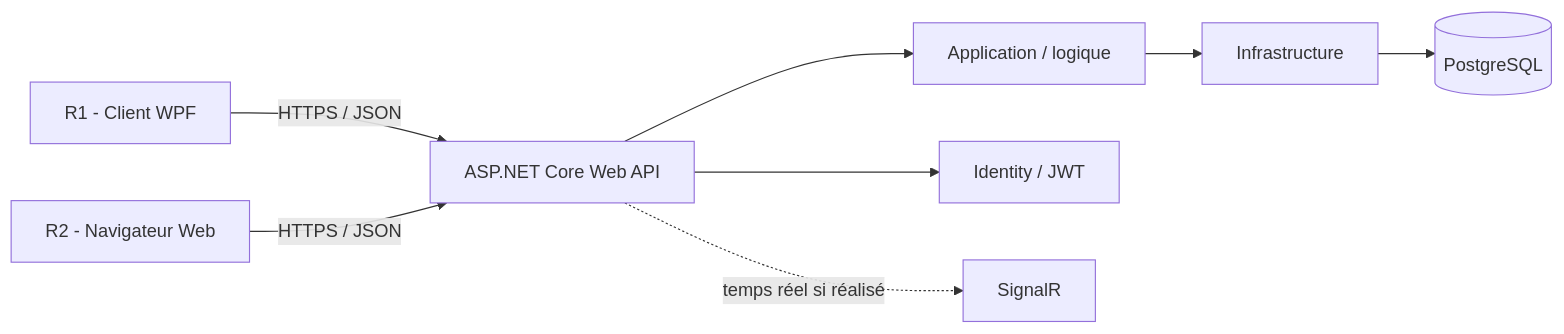
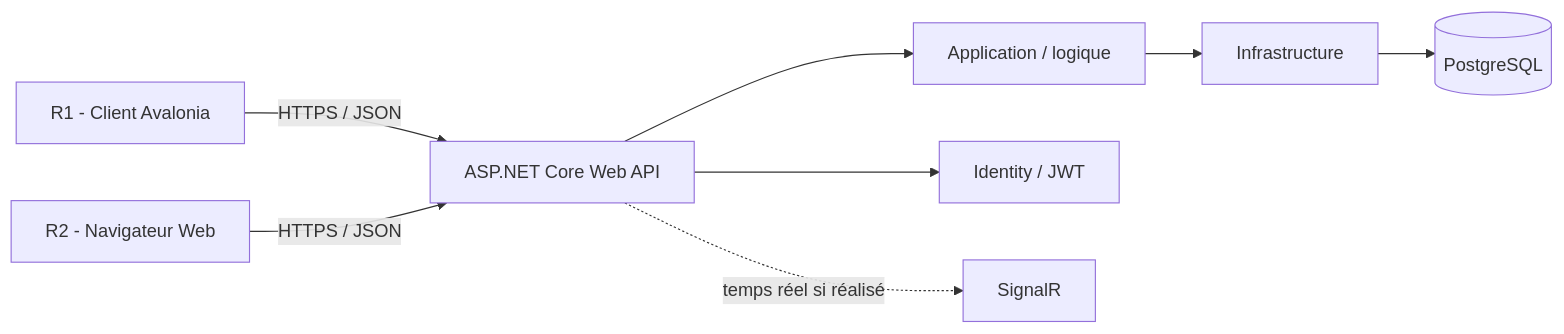
Before and after one commit to Matteo-Lamare/Projet-BTS: the first of 5 diagrams in docs/architecture/diagrams.md, drawn with Mermaid.

Commit message:
docs: aligner la documentation sur Avalonia et React

````diff
--- a/docs/architecture/diagrams.md
+++ b/docs/architecture/diagrams.md
@@ -7,10 +7,10 @@
 ```mermaid
 flowchart LR
-    WPF[R1 - Client WPF] -->|HTTPS / JSON| API[ASP.NET Core Web API]
+    Avalonia[R1 - Client Avalonia] -->|HTTPS / JSON| API[ASP.NET Core Web API]
     WEB[R2 - Navigateur Web] -->|HTTPS / JSON| API
     API --> APP[Application / logique]
     APP --> INFRA[Infrastructure]
     INFRA --> DB[(PostgreSQL)]
     API --> ID[Identity / JWT]
     API -. temps réel si réalisé .-> SIG[SignalR]
 ```
````
